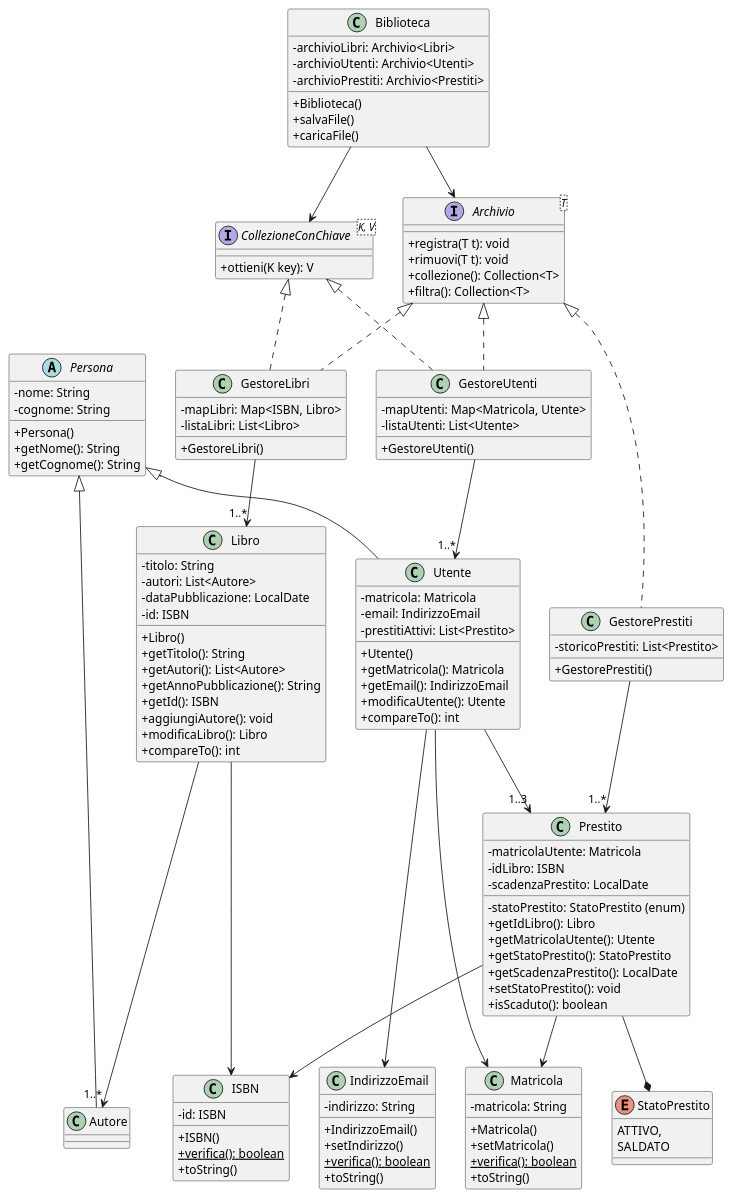
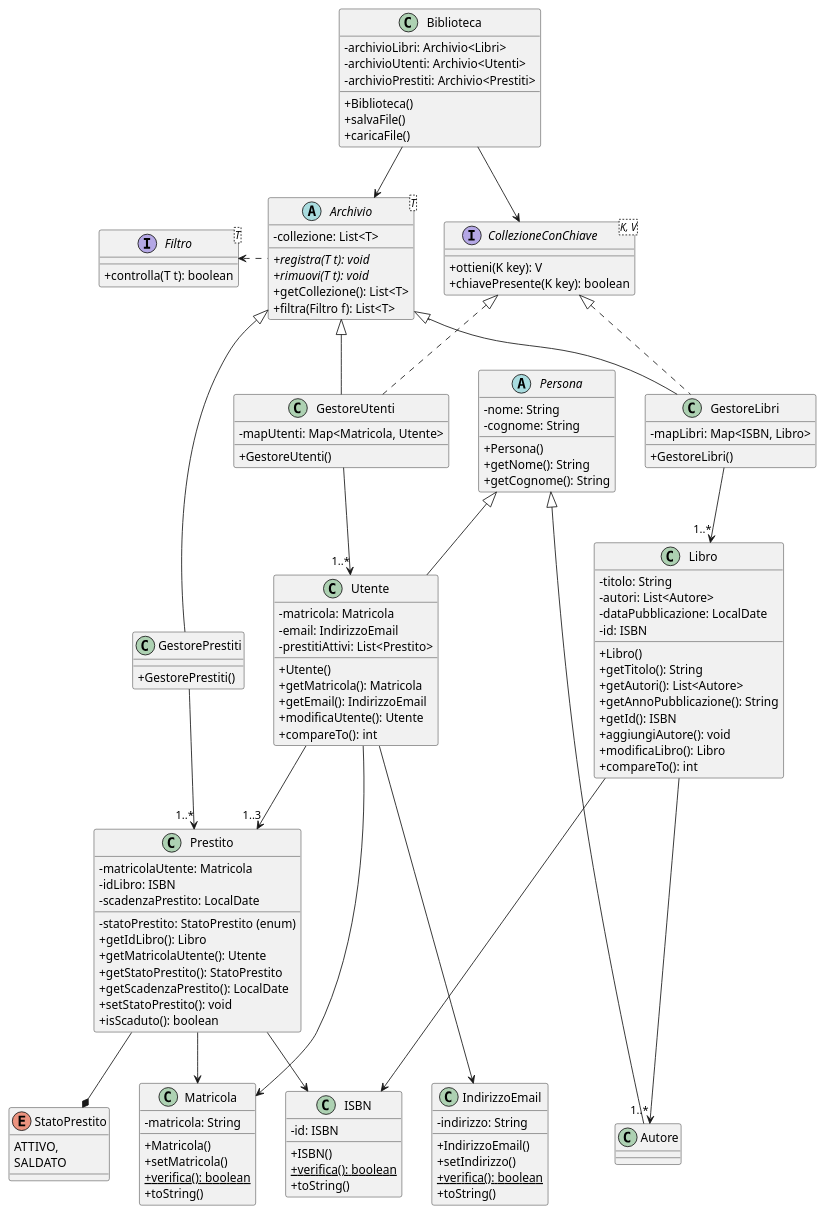
One commit to Meziu/easylibrary changed the diagram in docs/uml/classes.puml. Above: the diagram before and after it, drawn with PlantUML.

Commit message:
Archivio come classe astratta anzichè interfaccia

```diff
--- a/docs/uml/classes.puml
+++ b/docs/uml/classes.puml
@@ -1,152 +1,158 @@
 @startuml
 skinparam classAttributeIconSize 0
 
-+interface Archivio<T> {
-    +registra(T t): void
-    +rimuovi(T t): void
-    +collezione(): Collection<T>
-    +filtra(): Collection<T>
+interface Filtro<T> {
+    +controlla(T t): boolean
+}
+
++abstract class Archivio<T> {
+    -collezione: List<T>
+
+    +registra(T t): void {abstract}
+    +rimuovi(T t): void {abstract}
+    +getCollezione(): List<T>
+    +filtra(Filtro f): List<T>
 }
 
 +interface CollezioneConChiave<K, V> {
     +ottieni(K key): V
+    +chiavePresente(K key): boolean
 }
 
 +abstract class Persona{
     -nome: String
     -cognome: String
 
     +Persona()
     +getNome(): String
     +getCognome(): String
 }
 
 +class Utente extends Persona{
     -matricola: Matricola
     -email: IndirizzoEmail
     -prestitiAttivi: List<Prestito>
 
     +Utente()
     +getMatricola(): Matricola
     +getEmail(): IndirizzoEmail
     +modificaUtente(): Utente
     +compareTo(): int
 }
 
 +class Matricola {
     -matricola: String
 
     +Matricola()
     +setMatricola()
     +verifica(): boolean {static}
     +toString()
 }
 
 +class IndirizzoEmail {
     -indirizzo: String
 
     +IndirizzoEmail()
     +setIndirizzo()
     +verifica(): boolean {static}
     +toString()
 }
 
 
 +class Libro{
     -titolo: String
     -autori: List<Autore>
     -dataPubblicazione: LocalDate
     -id: ISBN
 
     +Libro()
     +getTitolo(): String
     +getAutori(): List<Autore>
     +getAnnoPubblicazione(): String
     +getId(): ISBN
     +aggiungiAutore(): void
     +modificaLibro(): Libro
     +compareTo(): int
 }
 
 +class ISBN {
     -id: ISBN
 
     +ISBN()
     +verifica(): boolean {static}
     +toString()
 }
 
 +class Autore extends Persona{
 }
 
 
 +class Prestito{
     -matricolaUtente: Matricola
     -idLibro: ISBN
     -statoPrestito: StatoPrestito (enum)
     -scadenzaPrestito: LocalDate
 
     +getIdLibro(): Libro
     +getMatricolaUtente(): Utente
     +getStatoPrestito(): StatoPrestito
     +getScadenzaPrestito(): LocalDate
     +setStatoPrestito(): void
     +isScaduto(): boolean
 }
 
 +enum StatoPrestito{
     ATTIVO,
     SALDATO
 }
 
 
 +class Biblioteca {
     -archivioLibri: Archivio<Libri>
     -archivioUtenti: Archivio<Utenti>
     -archivioPrestiti: Archivio<Prestiti>
 
     +Biblioteca()
     +salvaFile()
     +caricaFile()
 }
 
 
-+class GestoreLibri implements Archivio, CollezioneConChiave {
++class GestoreLibri extends Archivio implements CollezioneConChiave {
     -mapLibri: Map<ISBN, Libro>
-    -listaLibri: List<Libro>
 
     +GestoreLibri()
 }
 
 
-+class GestoreUtenti implements Archivio, CollezioneConChiave {
++class GestoreUtenti extends Archivio implements CollezioneConChiave {
     -mapUtenti: Map<Matricola, Utente>
-    -listaUtenti: List<Utente>
 
     +GestoreUtenti()
 }
 
 
-+class GestorePrestiti implements Archivio {
-    -storicoPrestiti: List<Prestito>
++class GestorePrestiti extends Archivio {
 
     +GestorePrestiti()
 }
 
 
 Biblioteca --> Archivio
 Biblioteca --> CollezioneConChiave
+
+Archivio .left.> Filtro
 
 Utente --> "1..3" Prestito
 Utente --> Matricola
 Utente ---> IndirizzoEmail
 Libro ---> "1..*" Autore
 Libro --> ISBN
 Prestito --> Matricola
 Prestito --> ISBN
 Prestito --* StatoPrestito
 
 GestoreUtenti --> "1..*" Utente
 GestoreLibri --> "1..*" Libro
 GestorePrestiti --> "1..*" Prestito
 @enduml
```
